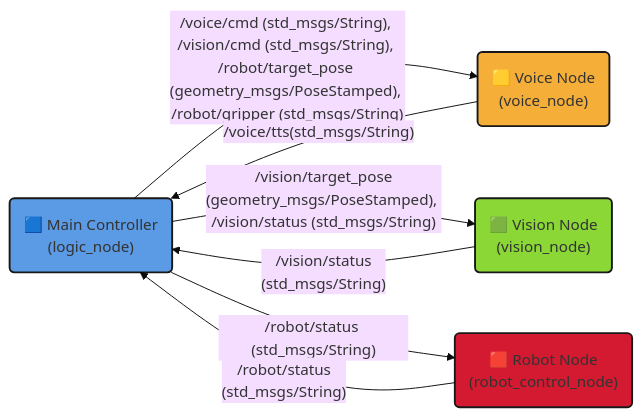
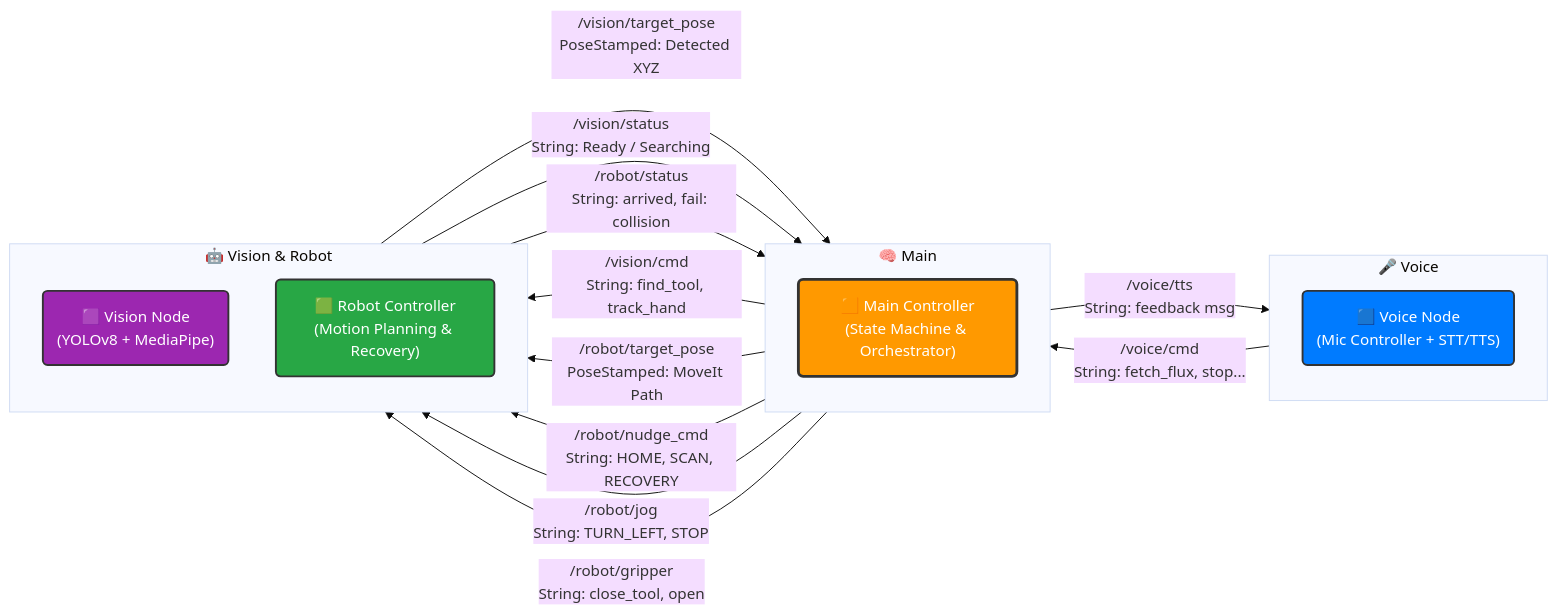
The diagram in README.md (flashbulb20/FiXit_ws), drawn with Mermaid (base theme) before and after one commit.

Commit message:
Enhance README flowchart with node details
Updated the flowchart in the README to include detailed node descriptions and communication topics.

````diff
--- a/README.md
+++ b/README.md
@@ -44,25 +44,43 @@
 ```mermaid
 flowchart LR
-    %% 노드 정의 %%
-    MAIN("🟦 Main Controller<br>(logic_node)")
-    VOICE("🟨 Voice Node<br>(voice_node)")
-    VISION("🟩 Vision Node<br>(vision_node)")
-    ROBOT("🟥 Robot Node<br>(robot_control_node)")
+    %% ===== 영역 구분 =====
+    subgraph LEFT["🎤 Voice"]
+        direction TB
+        VOICE("🟦 Voice Node<br/>(Mic Controller + STT/TTS)")
+    end
 
-    %% 스타일 %%
-    style MAIN fill:#4A90E2,stroke:#000,stroke-width:2px,opacity:0.9
-    style VOICE fill:#F5A623,stroke:#000,stroke-width:2px,opacity:0.9
-    style VISION fill:#7ED321,stroke:#000,stroke-width:2px,opacity:0.9
-    style ROBOT fill:#D0021B,stroke:#000,stroke-width:2px,opacity:0.9
+    subgraph CENTER["🧠 Main"]
+        direction TB
+        MAIN("🟧 Main Controller<br/>(State Machine & Orchestrator)")
+    end
 
-    %% 통신 관계 %%
-    MAIN -->|"/voice/cmd (std_msgs/String), /vision/cmd (std_msgs/String), /robot/target_pose (geometry_msgs/PoseStamped), /robot/gripper (std_msgs/String)"| VOICE
-    MAIN -->|"/vision/target_pose<br>(geometry_msgs/PoseStamped), /vision/status (std_msgs/String)"| VISION
-    MAIN -->|"/robot/status (std_msgs/String)"| ROBOT
+    subgraph RIGHT["🤖 Vision & Robot"]
+        direction TB
+        VISION("🟪 Vision Node<br/>(YOLOv8 + MediaPipe)")
+        ROBOT("🟩 Robot Controller<br/>(Motion Planning & Recovery)")
+    end
 
-    %% 상태 업데이트 %%
-    VOICE -->|"/voice/tts(std_msgs/String)"| MAIN
-    VISION -->|"/vision/status<br>(std_msgs/String)"| MAIN
-    ROBOT -->|"/robot/status<br>(std_msgs/String)"| MAIN
+    %% ===== 스타일 =====
+    style MAIN fill:#FF9900,stroke:#333,stroke-width:3px,color:#fff
+    style VOICE fill:#007BFF,stroke:#333,stroke-width:2px,color:#fff
+    style VISION fill:#9C27B0,stroke:#333,stroke-width:2px,color:#fff
+    style ROBOT fill:#28A745,stroke:#333,stroke-width:2px,color:#fff
+
+    %% ===== [TOPIC] Voice <-> Main =====
+    VOICE -->|/voice/cmd<br/>String: fetch_flux, stop...| MAIN
+    MAIN -->|/voice/tts<br/>String: feedback msg| VOICE
+
+    %% ===== [TOPIC] Vision <-> Main =====
+    MAIN -->|/vision/cmd<br/>String: find_tool, track_hand| VISION
+    VISION -->|/vision/target_pose<br/>PoseStamped: Detected XYZ| MAIN
+    VISION -->|/vision/status<br/>String: Ready / Searching| MAIN
+
+    %% ===== [TOPIC] Robot <-> Main =====
+    MAIN -->|/robot/target_pose<br/>PoseStamped: MoveIt Path| ROBOT
+    MAIN -->|/robot/nudge_cmd<br/>String: HOME, SCAN, RECOVERY| ROBOT
+    MAIN -->|/robot/jog<br/>String: TURN_LEFT, STOP| ROBOT
+    MAIN -->|/robot/gripper<br/>String: close_tool, open| ROBOT
+
+    ROBOT -->|/robot/status<br/>String: arrived, fail: collision| MAIN
 
 ```
````
